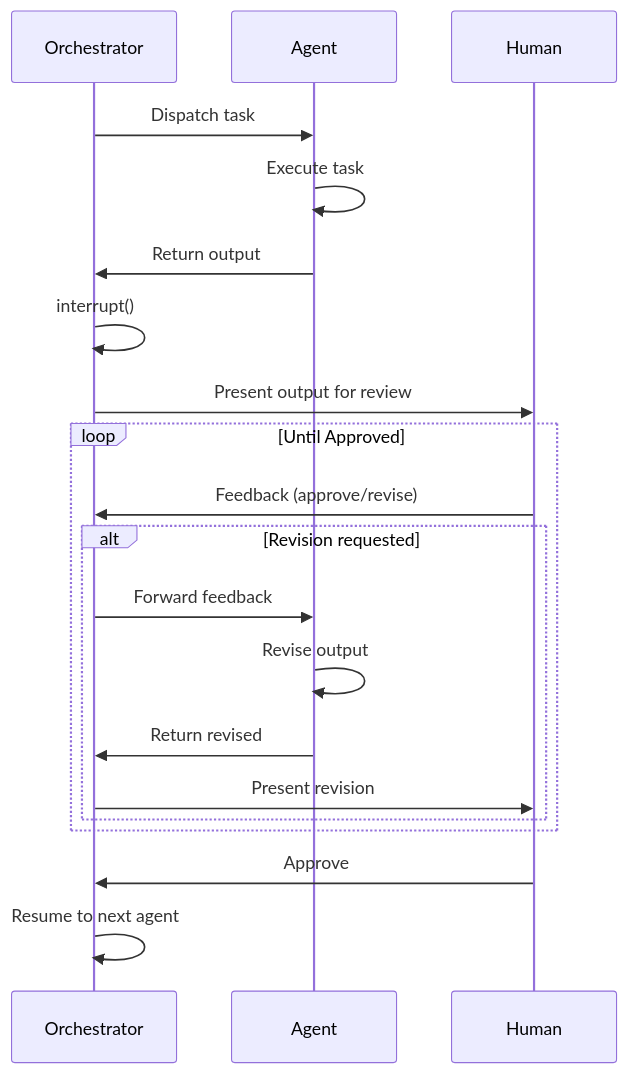
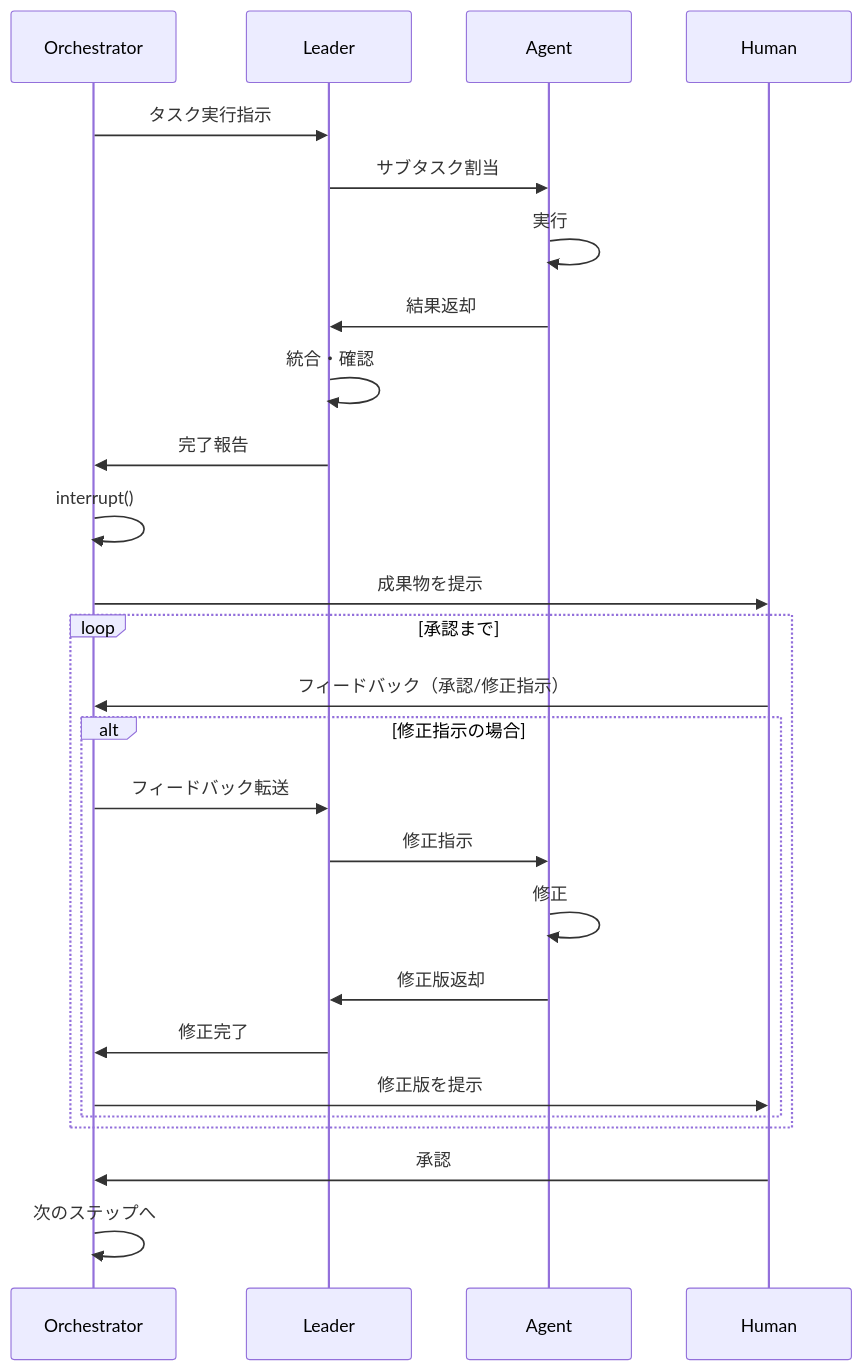
Diagram 13 of 13 in langgraph/ARCHITECTURE.md (new-sankaku/toybox), drawn with Mermaid before and after one commit. The commit also changed other lines of this file, not shown here.

First line of the commit message:
Major architecture redesign with Leader agents and iteration model

````diff
--- a/langgraph/ARCHITECTURE.md
+++ b/langgraph/ARCHITECTURE.md
@@ -251,25 +502,31 @@
 ```mermaid
 sequenceDiagram
     participant O as Orchestrator
+    participant L as Leader
     participant A as Agent
     participant H as Human
 
-    O->>A: Dispatch task
-    A->>A: Execute task
-    A->>O: Return output
+    O->>L: タスク実行指示
+    L->>A: サブタスク割当
+    A->>A: 実行
+    A->>L: 結果返却
+    L->>L: 統合・確認
+    L->>O: 完了報告
     O->>O: interrupt()
-    O->>H: Present output for review
+    O->>H: 成果物を提示
 
-    loop Until Approved
-        H->>O: Feedback (approve/revise)
-        alt Revision requested
-            O->>A: Forward feedback
-            A->>A: Revise output
-            A->>O: Return revised
-            O->>H: Present revision
+    loop 承認まで
+        H->>O: フィードバック（承認/修正指示）
+        alt 修正指示の場合
+            O->>L: フィードバック転送
+            L->>A: 修正指示
+            A->>A: 修正
+            A->>L: 修正版返却
+            L->>O: 修正完了
+            O->>H: 修正版を提示
         end
     end
 
-    H->>O: Approve
-    O->>O: Resume to next agent
+    H->>O: 承認
+    O->>O: 次のステップへ
 ```
````
